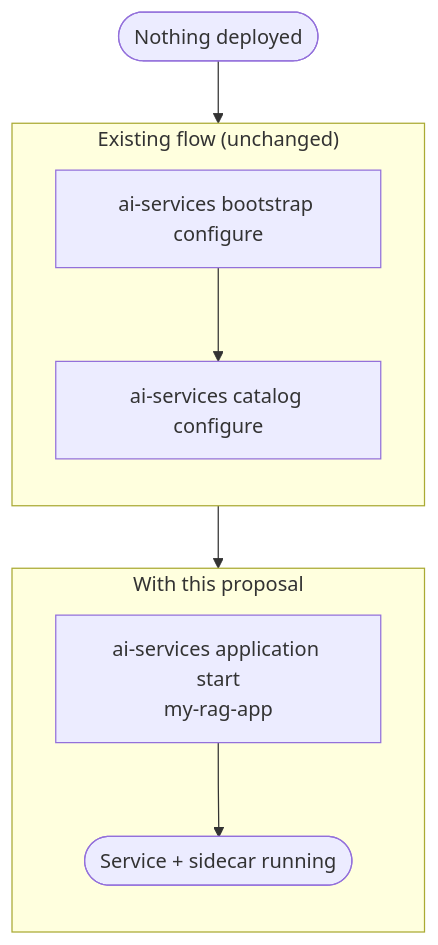
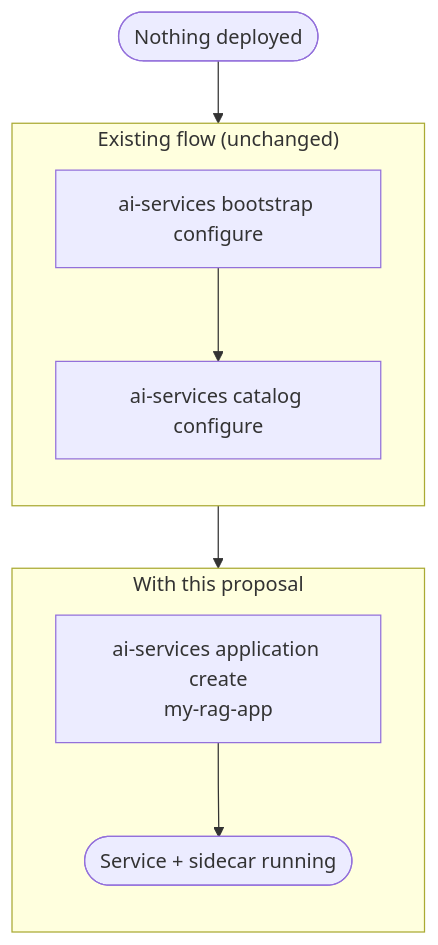
Before and after one commit to IBM/project-ai-services: the sixth of 7 diagrams in docs/proposals/mcp-sidecar-proposal.md, drawn with Mermaid. The commit also changed other lines of this file, not shown here.

````diff
--- a/docs/proposals/mcp-sidecar-proposal.md
+++ b/docs/proposals/mcp-sidecar-proposal.md
@@ -402,17 +400,17 @@
 ```mermaid
 flowchart TD
     Start(["Nothing deployed"])
 
     subgraph Existing["Existing flow (unchanged)"]
         direction TB
         B1["ai-services bootstrap configure"] --> B2["ai-services catalog configure"]
     end
 
     subgraph Flow["With this proposal"]
         direction TB
-        D1["ai-services application start<br/>my-rag-app"] --> D2(["Service + sidecar running"])
+        D1["ai-services application create<br/>my-rag-app"] --> D2(["Service + sidecar running"])
     end
 
     Start --> B1
     B2 --> D1
 ```
````
